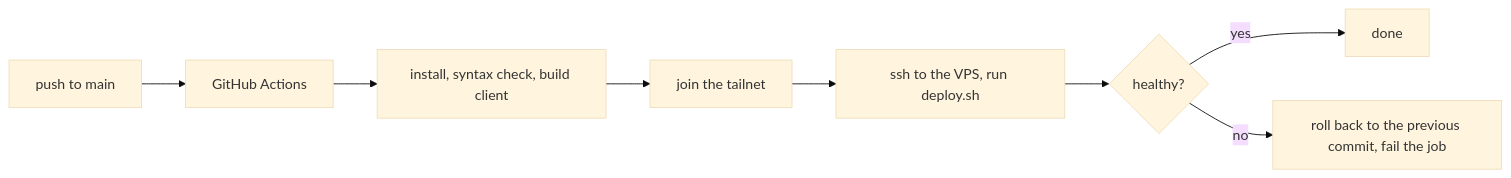
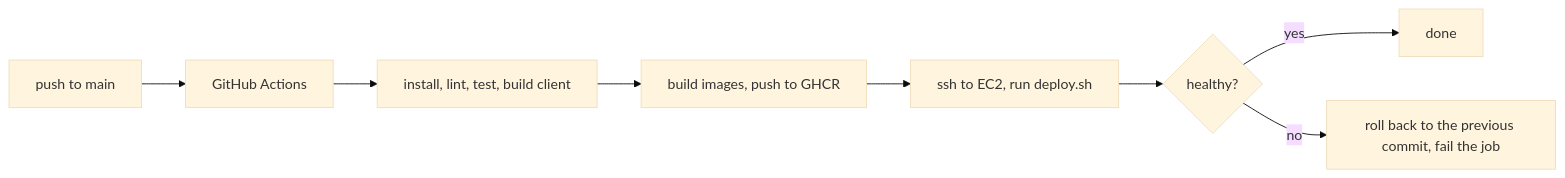
One commit to prawesh-12/quiz-platform changed the diagram in README.md. Above: the diagram before and after it, drawn with Mermaid (base theme). The commit also changed other lines of this file and 11 other files, not shown here.

Commit message:
ci: build images in GitHub Actions and pull them on the server instead of building there

````diff
--- a/README.md
+++ b/README.md
@@ -226,10 +226,10 @@
 ```mermaid
 flowchart LR
     P[push to main] --> GH[GitHub Actions]
-    GH --> C[install, syntax check, build client]
-    C --> TS[join the tailnet]
-    TS --> V[ssh to the VPS, run deploy.sh]
+    GH --> C[install, lint, test, build client]
+    C --> I[build images, push to GHCR]
+    I --> V[ssh to EC2, run deploy.sh]
     V --> H{healthy?}
     H -->|yes| D[done]
     H -->|no| RB[roll back to the previous commit, fail the job]
 ```
````
